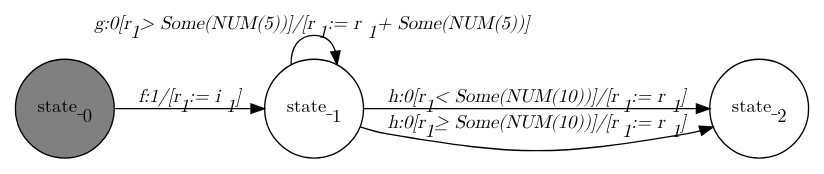
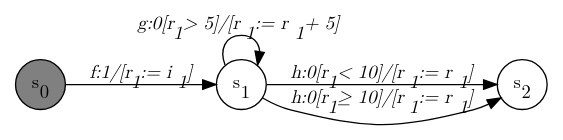
One commit to jmafoster1/efsm-sal changed the diagram in dotfiles/Horrible_Example_1.dot. Above: the diagram before and after it, drawn with Graphviz. The commit also changed 21 other files, not shown here.

```diff
--- a/dotfiles/Horrible_Example_1.dot
+++ b/dotfiles/Horrible_Example_1.dot
@@ -1,14 +1,14 @@
 digraph Horrible_Example_1{
    graph [rankdir="LR", fontname="Latin Modern Math"];
    node [color="black", fillcolor="white", shape="circle", style="filled", fontname="Latin Modern Math"];
    edge [fontname="Latin Modern Math"];
 
-   State_0[fillcolor="gray", label=<state_<sub>0</sub>>];
-   State_1[label=<state_<sub>1</sub>>];
-   State_2[label=<state_<sub>2</sub>>];
+   s0[fillcolor="gray", label=<s<sub>0</sub>>];
+   s1[label=<s<sub>1</sub>>];
+   s2[label=<s<sub>2</sub>>];
 
-   State_0->State_1[label=<<i>f:1/&#91;r<sub>1</sub> := i<sub>1</sub>&#93;</i>>];
-   State_1->State_1[label=<<i>g:0&#91;r<sub>1</sub> &gt; Some(NUM(5))&#93;/&#91;r<sub>1</sub> := r<sub>1</sub> + Some(NUM(5))&#93;</i>>];
-   State_1->State_2[label=<<i>h:0&#91;r<sub>1</sub> &lt; Some(NUM(10))&#93;/&#91;r<sub>1</sub> := r<sub>1</sub>&#93;</i>>];
-   State_1->State_2[label=<<i>h:0&#91;r<sub>1</sub> &ge; Some(NUM(10))&#93;/&#91;r<sub>1</sub> := r<sub>1</sub>&#93;</i>>];
+   s0->s1[label=<<i>f:1/&#91;r<sub>1</sub> := i<sub>1</sub>&#93;</i>>];
+   s1->s1[label=<<i>g:0&#91;r<sub>1</sub> &gt; 5&#93;/&#91;r<sub>1</sub> := r<sub>1</sub> + 5&#93;</i>>];
+   s1->s2[label=<<i>h:0&#91;r<sub>1</sub> &lt; 10&#93;/&#91;r<sub>1</sub> := r<sub>1</sub>&#93;</i>>];
+   s1->s2[label=<<i>h:0&#91;r<sub>1</sub> &ge; 10&#93;/&#91;r<sub>1</sub> := r<sub>1</sub>&#93;</i>>];
 }
```
